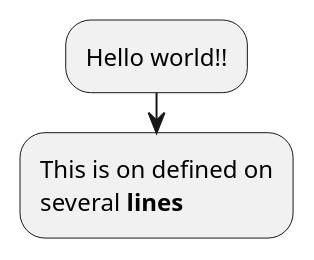
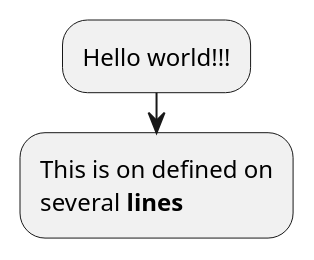
Before and after one commit to HowRuck/generate-plantuml-action: the diagram in example/sample-activity.pu, drawn with PlantUML.

```diff
--- a/example/sample-activity.pu
+++ b/example/sample-activity.pu
@@ -1,5 +1,5 @@
 @startuml
-:Hello world!!;
+:Hello world!!!;
 :This is on defined on
 several **lines**;
 @enduml
```
